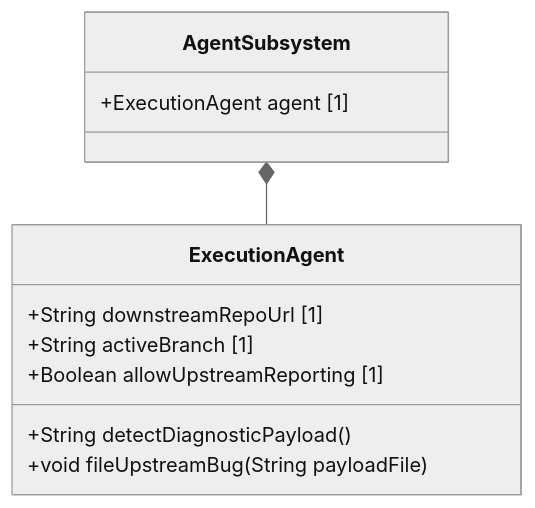
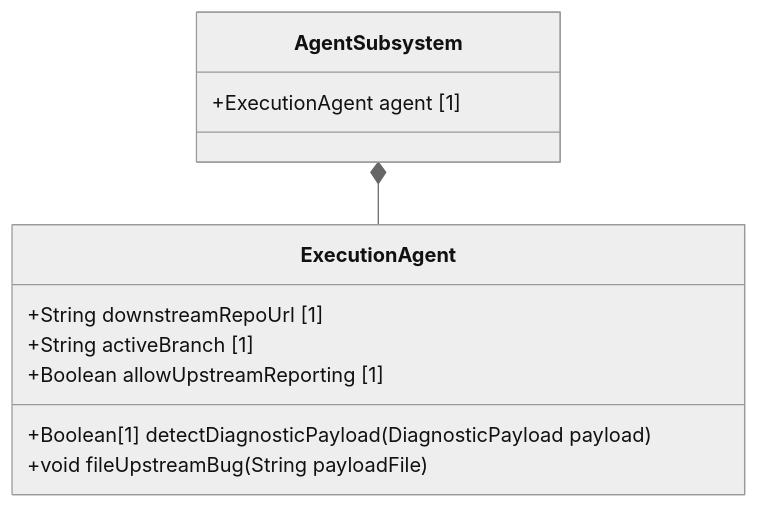
One commit to gintatkinson/digital-pipeline-repo changed the diagram in docs/features/feat-05-agent-bug-filing.md. Above: the diagram before and after it, drawn with Mermaid (neutral theme). The commit also changed 17 other files, not shown here.

````diff
--- a/docs/features/feat-05-agent-bug-filing.md
+++ b/docs/features/feat-05-agent-bug-filing.md
@@ -18,14 +18,14 @@
 ```mermaid
 classDiagram
     class AgentSubsystem {
         +ExecutionAgent agent [1]
     }
     class ExecutionAgent {
         +String downstreamRepoUrl [1]
         +String activeBranch [1]
         +Boolean allowUpstreamReporting [1]
-        +String detectDiagnosticPayload()
+        +Boolean[1] detectDiagnosticPayload(DiagnosticPayload payload)
         +void fileUpstreamBug(String payloadFile)
     }
     AgentSubsystem *-- ExecutionAgent
 ```
````
